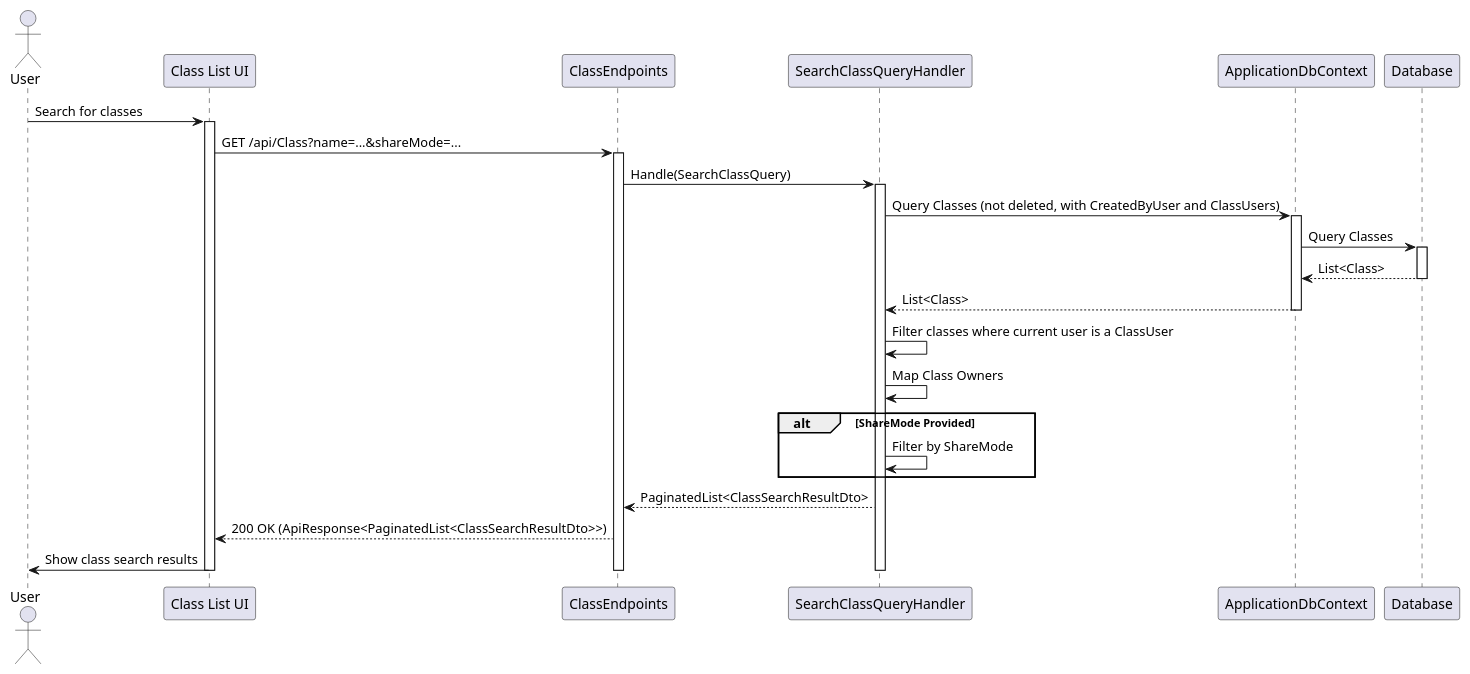
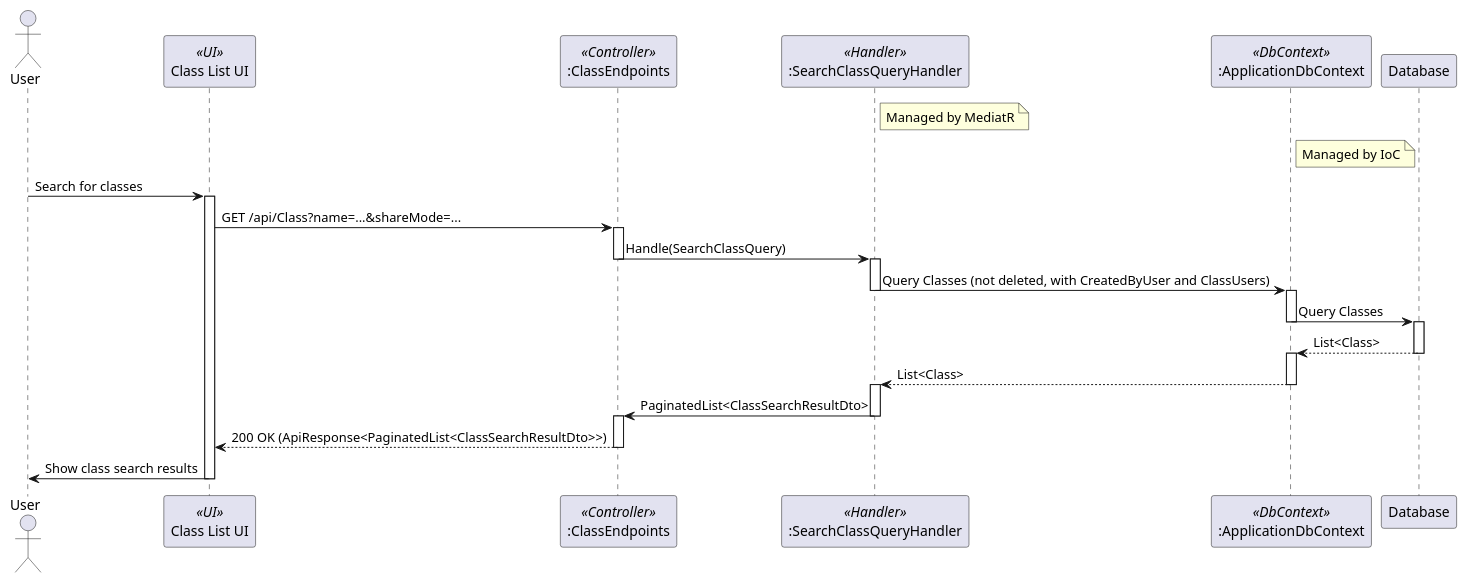
Before and after one commit to thanhkhac/SEP_Diagram: the diagram in classes/Sequence/SearchClassQuery.puml, drawn with PlantUML. The commit also changed 30 other files, not shown here.

Commit message:
Enhance sequence diagrams with detailed flow and roles

```diff
--- a/classes/Sequence/SearchClassQuery.puml
+++ b/classes/Sequence/SearchClassQuery.puml
@@ -1,34 +1,45 @@
 @startuml
 actor User
-participant "Class List UI" as UI
-participant ClassEndpoints
-participant SearchClassQueryHandler as Handler
-participant ApplicationDbContext
+participant "Class List UI" as UI <<UI>>
+participant ":ClassEndpoints" as ClassEndpoints <<Controller>>
+participant ":SearchClassQueryHandler" as SearchClassQueryHandler <<Handler>>
+participant ":ApplicationDbContext" as ApplicationDbContext <<DbContext>>
 participant Database
+
+note right of SearchClassQueryHandler
+  Managed by MediatR
+end note
+
+note right of ApplicationDbContext
+  Managed by IoC
+end note
 
 User -> UI : Search for classes
 activate UI
 UI -> ClassEndpoints : GET /api/Class?name=...&shareMode=...
 activate ClassEndpoints
-ClassEndpoints -> Handler : Handle(SearchClassQuery)
-activate Handler
-Handler -> ApplicationDbContext : Query Classes (not deleted, with CreatedByUser and ClassUsers)
+ClassEndpoints -> SearchClassQueryHandler : Handle(SearchClassQuery)
+deactivate ClassEndpoints
+activate SearchClassQueryHandler
+SearchClassQueryHandler -> ApplicationDbContext : Query Classes (not deleted, with CreatedByUser and ClassUsers)
+deactivate SearchClassQueryHandler
 activate ApplicationDbContext
 ApplicationDbContext -> Database : Query Classes
+deactivate ApplicationDbContext
 activate Database
 Database --> ApplicationDbContext : List<Class>
 deactivate Database
-ApplicationDbContext --> Handler : List<Class>
+activate ApplicationDbContext
+ApplicationDbContext --> SearchClassQueryHandler : List<Class>
 deactivate ApplicationDbContext
-Handler -> Handler : Filter classes where current user is a ClassUser
-Handler -> Handler : Map Class Owners
-alt ShareMode Provided
-    Handler -> Handler : Filter by ShareMode
-end
-Handler --> ClassEndpoints : PaginatedList<ClassSearchResultDto>
+activate SearchClassQueryHandler
+
+SearchClassQueryHandler -> ClassEndpoints : PaginatedList<ClassSearchResultDto>
+deactivate SearchClassQueryHandler
+activate ClassEndpoints
 ClassEndpoints --> UI : 200 OK (ApiResponse<PaginatedList<ClassSearchResultDto>>)
+deactivate ClassEndpoints
 UI -> User : Show class search results
-deactivate Handler
-deactivate ClassEndpoints
 deactivate UI
+
 @enduml
```
